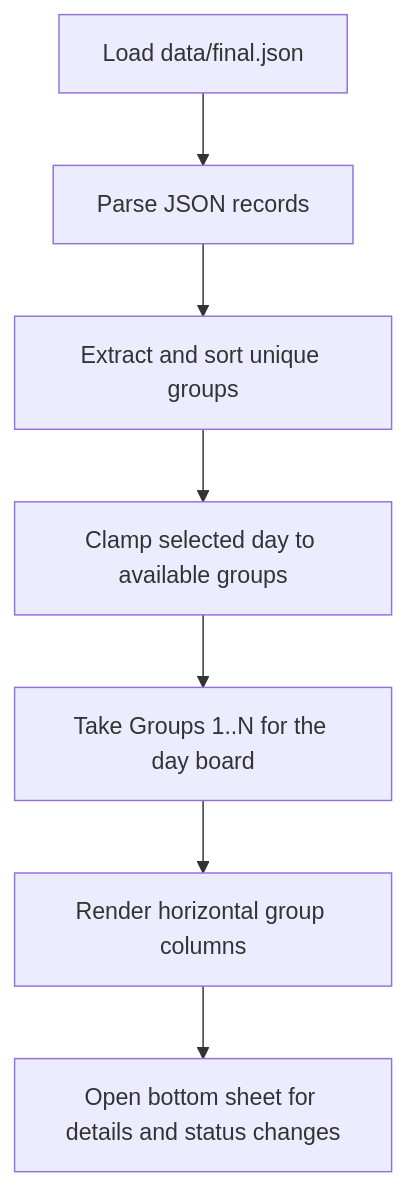
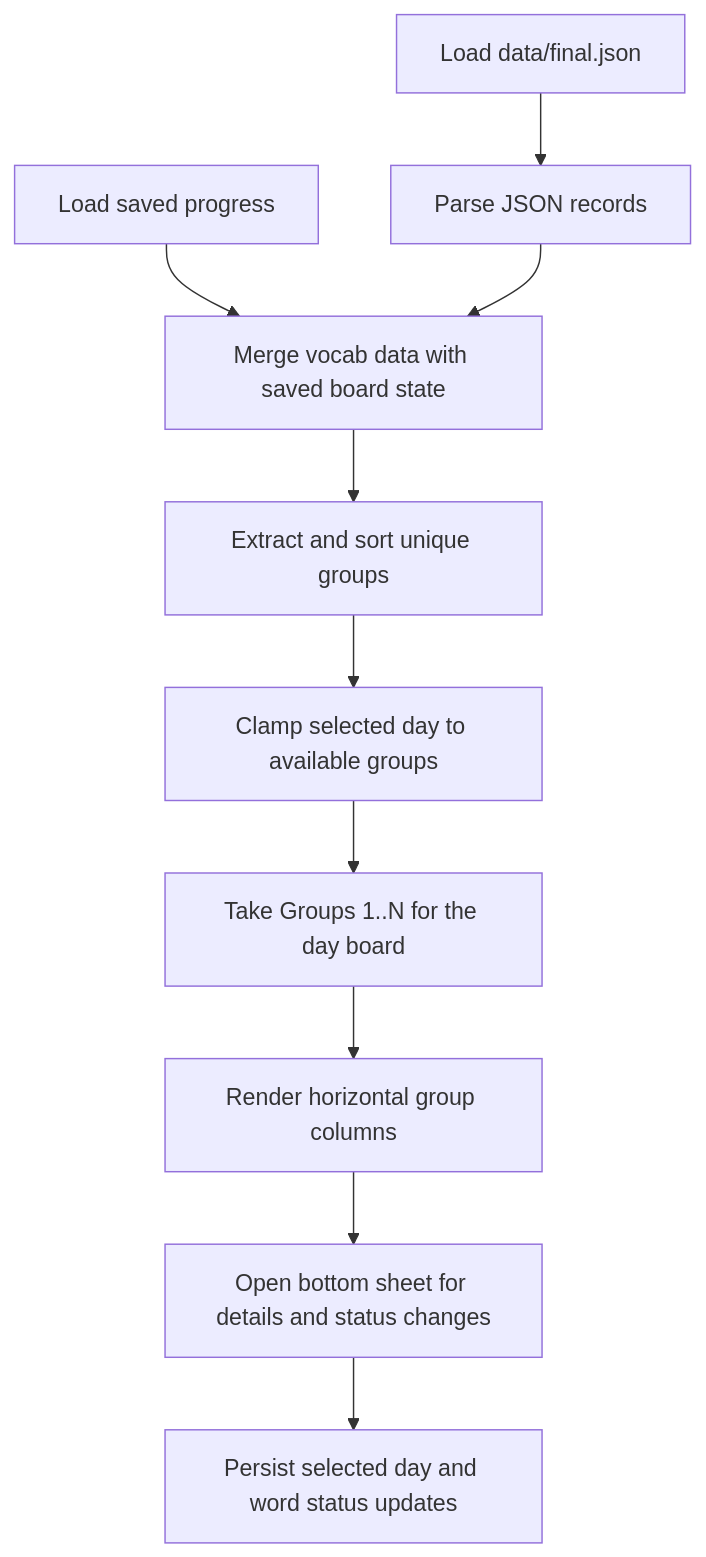
One commit to desertSniper87/vocab-hill changed the diagram in docs/4-algorithms/README.md. Above: the diagram before and after it, drawn with Mermaid. The commit also changed other lines of this file and 15 other files, not shown here.

Commit message:
Persist learner progress locally

````diff
--- a/docs/4-algorithms/README.md
+++ b/docs/4-algorithms/README.md
@@ -7,9 +7,12 @@
 ```mermaid
 flowchart TD
     A["Load data/final.json"] --> B["Parse JSON records"]
-    B --> C["Extract and sort unique groups"]
-    C --> D["Clamp selected day to available groups"]
-    D --> E["Take Groups 1..N for the day board"]
-    E --> F["Render horizontal group columns"]
-    F --> G["Open bottom sheet for details and status changes"]
+    P["Load saved progress"] --> C["Merge vocab data with saved board state"]
+    B --> C
+    C --> D["Extract and sort unique groups"]
+    D --> E["Clamp selected day to available groups"]
+    E --> F["Take Groups 1..N for the day board"]
+    F --> G["Render horizontal group columns"]
+    G --> H["Open bottom sheet for details and status changes"]
+    H --> I["Persist selected day and word status updates"]
 ```
````
